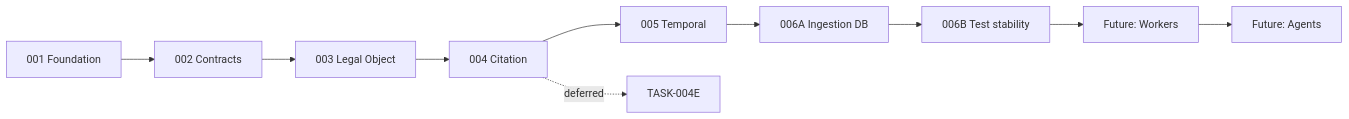
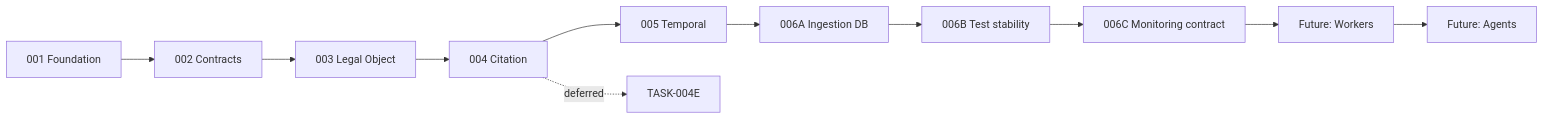
One commit to 4PDEV/tax-os-backend changed the diagram in IMPLEMENTATION_ROADMAP.md. Above: the diagram before and after it, drawn with Mermaid. The commit also changed other lines of this file and 8 other files, not shown here.

Commit message:
TASK-006C source monitoring agent contract

````diff
--- a/IMPLEMENTATION_ROADMAP.md
+++ b/IMPLEMENTATION_ROADMAP.md
@@ -91,12 +93,13 @@
 ```mermaid
 flowchart LR
   F[001 Foundation] --> E[002 Contracts]
   E --> L[003 Legal Object]
   L --> C[004 Citation]
   C --> T[005 Temporal]
   T --> I[006A Ingestion DB]
   I --> B[006B Test stability]
-  B --> W[Future: Workers]
+  B --> C6[006C Monitoring contract]
+  C6 --> W[Future: Workers]
   W --> A[Future: Agents]
   C -.->|deferred| E4[TASK-004E]
 ```
````
